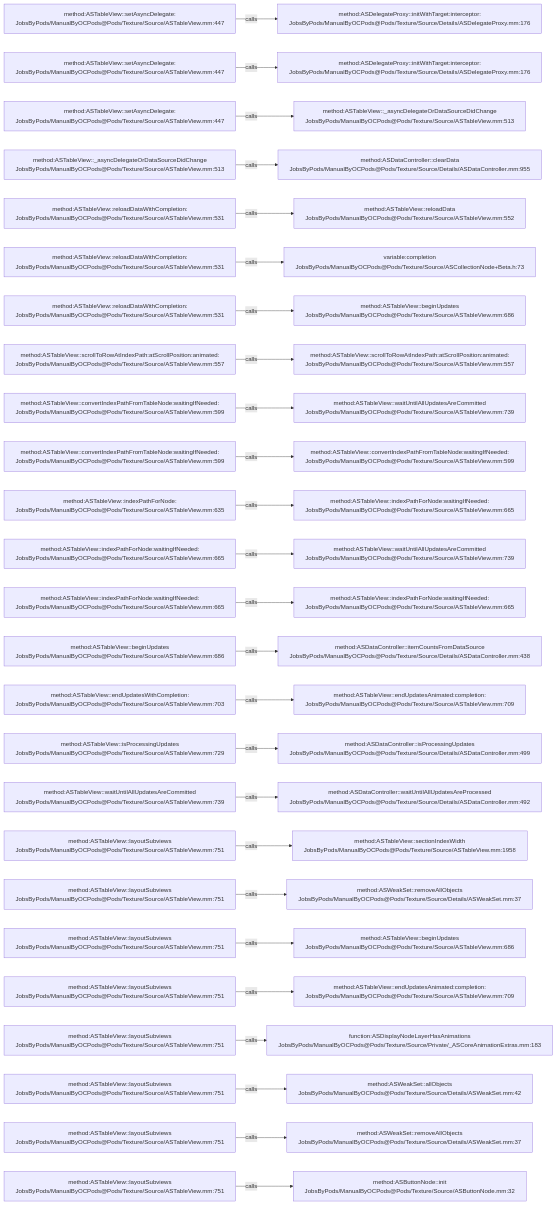
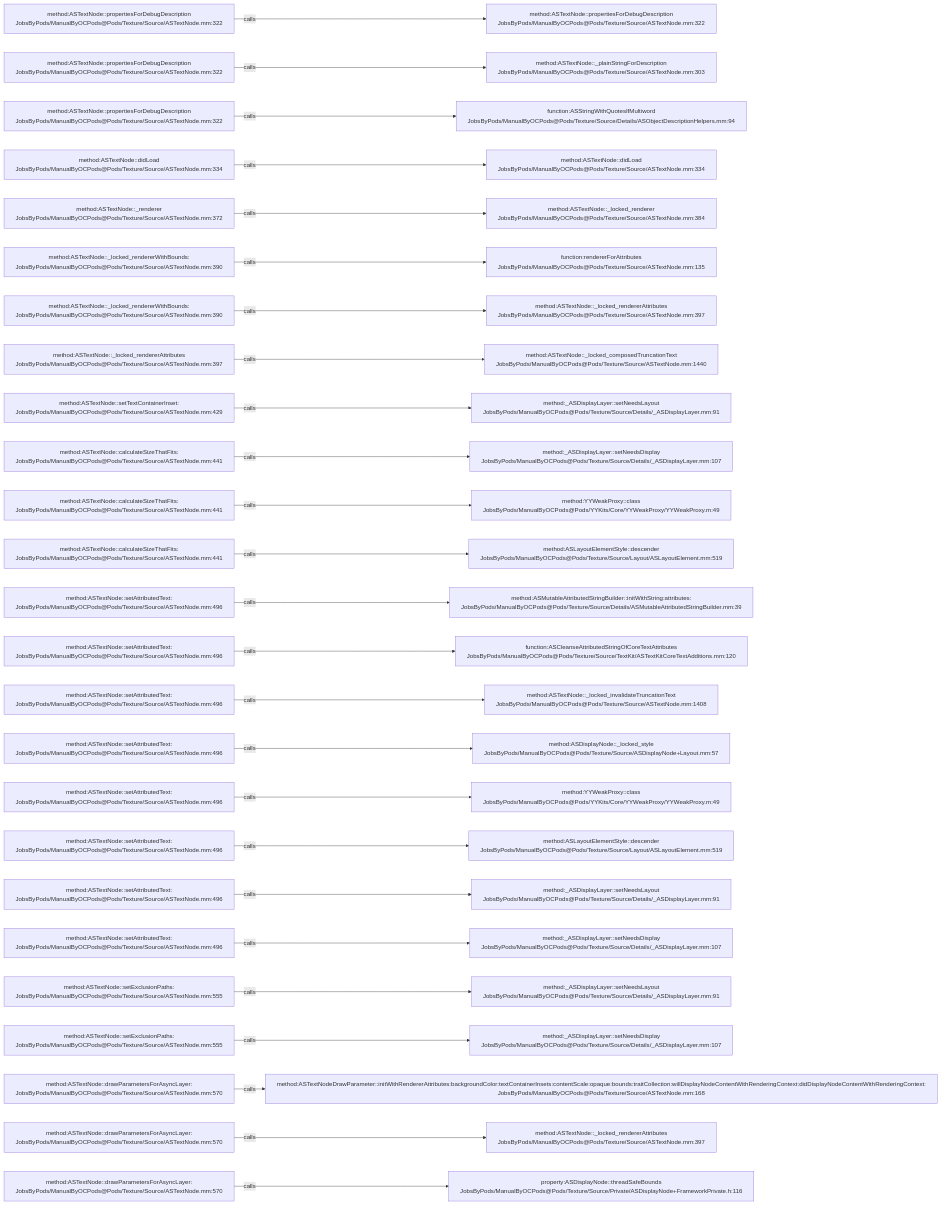
One commit to JobsKits/JobsOCBaseConfigDemo changed the diagram in .codegraph/codegraph.md/graphs/calls-119.md. Above: the diagram before and after it, drawn with Mermaid. The commit also changed 2723 other files, not shown here.

````diff
--- a/.codegraph/codegraph.md/graphs/calls-119.md
+++ b/.codegraph/codegraph.md/graphs/calls-119.md
@@ -13,78 +13,78 @@
 ```mermaid
 flowchart LR
-  S1["method:ASTableView::setAsyncDelegate:<br/>JobsByPods/ManualByOCPods@Pods/Texture/Source/ASTableView.mm:447"]
-  T1["method:ASDelegateProxy::initWithTarget:interceptor:<br/>JobsByPods/ManualByOCPods@Pods/Texture/Source/Details/ASDelegateProxy.mm:176"]
+  S1["method:ASTextNode::propertiesForDebugDescription<br/>JobsByPods/ManualByOCPods@Pods/Texture/Source/ASTextNode.mm:322"]
+  T1["method:ASTextNode::propertiesForDebugDescription<br/>JobsByPods/ManualByOCPods@Pods/Texture/Source/ASTextNode.mm:322"]
   S1 -->|calls| T1
-  S2["method:ASTableView::setAsyncDelegate:<br/>JobsByPods/ManualByOCPods@Pods/Texture/Source/ASTableView.mm:447"]
-  T2["method:ASDelegateProxy::initWithTarget:interceptor:<br/>JobsByPods/ManualByOCPods@Pods/Texture/Source/Details/ASDelegateProxy.mm:176"]
+  S2["method:ASTextNode::propertiesForDebugDescription<br/>JobsByPods/ManualByOCPods@Pods/Texture/Source/ASTextNode.mm:322"]
+  T2["method:ASTextNode::_plainStringForDescription<br/>JobsByPods/ManualByOCPods@Pods/Texture/Source/ASTextNode.mm:303"]
   S2 -->|calls| T2
-  S3["method:ASTableView::setAsyncDelegate:<br/>JobsByPods/ManualByOCPods@Pods/Texture/Source/ASTableView.mm:447"]
-  T3["method:ASTableView::_asyncDelegateOrDataSourceDidChange<br/>JobsByPods/ManualByOCPods@Pods/Texture/Source/ASTableView.mm:513"]
+  S3["method:ASTextNode::propertiesForDebugDescription<br/>JobsByPods/ManualByOCPods@Pods/Texture/Source/ASTextNode.mm:322"]
+  T3["function:ASStringWithQuotesIfMultiword<br/>JobsByPods/ManualByOCPods@Pods/Texture/Source/Details/ASObjectDescriptionHelpers.mm:94"]
   S3 -->|calls| T3
-  S4["method:ASTableView::_asyncDelegateOrDataSourceDidChange<br/>JobsByPods/ManualByOCPods@Pods/Texture/Source/ASTableView.mm:513"]
-  T4["method:ASDataController::clearData<br/>JobsByPods/ManualByOCPods@Pods/Texture/Source/Details/ASDataController.mm:955"]
+  S4["method:ASTextNode::didLoad<br/>JobsByPods/ManualByOCPods@Pods/Texture/Source/ASTextNode.mm:334"]
+  T4["method:ASTextNode::didLoad<br/>JobsByPods/ManualByOCPods@Pods/Texture/Source/ASTextNode.mm:334"]
   S4 -->|calls| T4
-  S5["method:ASTableView::reloadDataWithCompletion:<br/>JobsByPods/ManualByOCPods@Pods/Texture/Source/ASTableView.mm:531"]
-  T5["method:ASTableView::reloadData<br/>JobsByPods/ManualByOCPods@Pods/Texture/Source/ASTableView.mm:552"]
+  S5["method:ASTextNode::_renderer<br/>JobsByPods/ManualByOCPods@Pods/Texture/Source/ASTextNode.mm:372"]
+  T5["method:ASTextNode::_locked_renderer<br/>JobsByPods/ManualByOCPods@Pods/Texture/Source/ASTextNode.mm:384"]
   S5 -->|calls| T5
-  S6["method:ASTableView::reloadDataWithCompletion:<br/>JobsByPods/ManualByOCPods@Pods/Texture/Source/ASTableView.mm:531"]
-  T6["variable:completion<br/>JobsByPods/ManualByOCPods@Pods/Texture/Source/ASCollectionNode+Beta.h:73"]
+  S6["method:ASTextNode::_locked_rendererWithBounds:<br/>JobsByPods/ManualByOCPods@Pods/Texture/Source/ASTextNode.mm:390"]
+  T6["function:rendererForAttributes<br/>JobsByPods/ManualByOCPods@Pods/Texture/Source/ASTextNode.mm:135"]
   S6 -->|calls| T6
-  S7["method:ASTableView::reloadDataWithCompletion:<br/>JobsByPods/ManualByOCPods@Pods/Texture/Source/ASTableView.mm:531"]
-  T7["method:ASTableView::beginUpdates<br/>JobsByPods/ManualByOCPods@Pods/Texture/Source/ASTableView.mm:686"]
+  S7["method:ASTextNode::_locked_rendererWithBounds:<br/>JobsByPods/ManualByOCPods@Pods/Texture/Source/ASTextNode.mm:390"]
+  T7["method:ASTextNode::_locked_rendererAttributes<br/>JobsByPods/ManualByOCPods@Pods/Texture/Source/ASTextNode.mm:397"]
   S7 -->|calls| T7
-  S8["method:ASTableView::scrollToRowAtIndexPath:atScrollPosition:animated:<br/>JobsByPods/ManualByOCPods@Pods/Texture/Source/ASTableView.mm:557"]
-  T8["method:ASTableView::scrollToRowAtIndexPath:atScrollPosition:animated:<br/>JobsByPods/ManualByOCPods@Pods/Texture/Source/ASTableView.mm:557"]
+  S8["method:ASTextNode::_locked_rendererAttributes<br/>JobsByPods/ManualByOCPods@Pods/Texture/Source/ASTextNode.mm:397"]
+  T8["method:ASTextNode::_locked_composedTruncationText<br/>JobsByPods/ManualByOCPods@Pods/Texture/Source/ASTextNode.mm:1440"]
   S8 -->|calls| T8
-  S9["method:ASTableView::convertIndexPathFromTableNode:waitingIfNeeded:<br/>JobsByPods/ManualByOCPods@Pods/Texture/Source/ASTableView.mm:599"]
-  T9["method:ASTableView::waitUntilAllUpdatesAreCommitted<br/>JobsByPods/ManualByOCPods@Pods/Texture/Source/ASTableView.mm:739"]
+  S9["method:ASTextNode::setTextContainerInset:<br/>JobsByPods/ManualByOCPods@Pods/Texture/Source/ASTextNode.mm:429"]
+  T9["method:_ASDisplayLayer::setNeedsLayout<br/>JobsByPods/ManualByOCPods@Pods/Texture/Source/Details/_ASDisplayLayer.mm:91"]
   S9 -->|calls| T9
-  S10["method:ASTableView::convertIndexPathFromTableNode:waitingIfNeeded:<br/>JobsByPods/ManualByOCPods@Pods/Texture/Source/ASTableView.mm:599"]
-  T10["method:ASTableView::convertIndexPathFromTableNode:waitingIfNeeded:<br/>JobsByPods/ManualByOCPods@Pods/Texture/Source/ASTableView.mm:599"]
+  S10["method:ASTextNode::calculateSizeThatFits:<br/>JobsByPods/ManualByOCPods@Pods/Texture/Source/ASTextNode.mm:441"]
+  T10["method:_ASDisplayLayer::setNeedsDisplay<br/>JobsByPods/ManualByOCPods@Pods/Texture/Source/Details/_ASDisplayLayer.mm:107"]
   S10 -->|calls| T10
-  S11["method:ASTableView::indexPathForNode:<br/>JobsByPods/ManualByOCPods@Pods/Texture/Source/ASTableView.mm:635"]
-  T11["method:ASTableView::indexPathForNode:waitingIfNeeded:<br/>JobsByPods/ManualByOCPods@Pods/Texture/Source/ASTableView.mm:665"]
+  S11["method:ASTextNode::calculateSizeThatFits:<br/>JobsByPods/ManualByOCPods@Pods/Texture/Source/ASTextNode.mm:441"]
+  T11["method:YYWeakProxy::class<br/>JobsByPods/ManualByOCPods@Pods/YYKits/Core/YYWeakProxy/YYWeakProxy.m:49"]
   S11 -->|calls| T11
-  S12["method:ASTableView::indexPathForNode:waitingIfNeeded:<br/>JobsByPods/ManualByOCPods@Pods/Texture/Source/ASTableView.mm:665"]
-  T12["method:ASTableView::waitUntilAllUpdatesAreCommitted<br/>JobsByPods/ManualByOCPods@Pods/Texture/Source/ASTableView.mm:739"]
+  S12["method:ASTextNode::calculateSizeThatFits:<br/>JobsByPods/ManualByOCPods@Pods/Texture/Source/ASTextNode.mm:441"]
+  T12["method:ASLayoutElementStyle::descender<br/>JobsByPods/ManualByOCPods@Pods/Texture/Source/Layout/ASLayoutElement.mm:519"]
   S12 -->|calls| T12
-  S13["method:ASTableView::indexPathForNode:waitingIfNeeded:<br/>JobsByPods/ManualByOCPods@Pods/Texture/Source/ASTableView.mm:665"]
-  T13["method:ASTableView::indexPathForNode:waitingIfNeeded:<br/>JobsByPods/ManualByOCPods@Pods/Texture/Source/ASTableView.mm:665"]
+  S13["method:ASTextNode::setAttributedText:<br/>JobsByPods/ManualByOCPods@Pods/Texture/Source/ASTextNode.mm:496"]
+  T13["method:ASMutableAttributedStringBuilder::initWithString:attributes:<br/>JobsByPods/ManualByOCPods@Pods/Texture/Source/Details/ASMutableAttributedStringBuilder.mm:39"]
   S13 -->|calls| T13
-  S14["method:ASTableView::beginUpdates<br/>JobsByPods/ManualByOCPods@Pods/Texture/Source/ASTableView.mm:686"]
-  T14["method:ASDataController::itemCountsFromDataSource<br/>JobsByPods/ManualByOCPods@Pods/Texture/Source/Details/ASDataController.mm:438"]
+  S14["method:ASTextNode::setAttributedText:<br/>JobsByPods/ManualByOCPods@Pods/Texture/Source/ASTextNode.mm:496"]
+  T14["function:ASCleanseAttributedStringOfCoreTextAttributes<br/>JobsByPods/ManualByOCPods@Pods/Texture/Source/TextKit/ASTextKitCoreTextAdditions.mm:120"]
   S14 -->|calls| T14
-  S15["method:ASTableView::endUpdatesWithCompletion:<br/>JobsByPods/ManualByOCPods@Pods/Texture/Source/ASTableView.mm:703"]
-  T15["method:ASTableView::endUpdatesAnimated:completion:<br/>JobsByPods/ManualByOCPods@Pods/Texture/Source/ASTableView.mm:709"]
+  S15["method:ASTextNode::setAttributedText:<br/>JobsByPods/ManualByOCPods@Pods/Texture/Source/ASTextNode.mm:496"]
+  T15["method:ASTextNode::_locked_invalidateTruncationText<br/>JobsByPods/ManualByOCPods@Pods/Texture/Source/ASTextNode.mm:1408"]
   S15 -->|calls| T15
-  S16["method:ASTableView::isProcessingUpdates<br/>JobsByPods/ManualByOCPods@Pods/Texture/Source/ASTableView.mm:729"]
-  T16["method:ASDataController::isProcessingUpdates<br/>JobsByPods/ManualByOCPods@Pods/Texture/Source/Details/ASDataController.mm:499"]
+  S16["method:ASTextNode::setAttributedText:<br/>JobsByPods/ManualByOCPods@Pods/Texture/Source/ASTextNode.mm:496"]
+  T16["method:ASDisplayNode::_locked_style<br/>JobsByPods/ManualByOCPods@Pods/Texture/Source/ASDisplayNode+Layout.mm:57"]
   S16 -->|calls| T16
-  S17["method:ASTableView::waitUntilAllUpdatesAreCommitted<br/>JobsByPods/ManualByOCPods@Pods/Texture/Source/ASTableView.mm:739"]
-  T17["method:ASDataController::waitUntilAllUpdatesAreProcessed<br/>JobsByPods/ManualByOCPods@Pods/Texture/Source/Details/ASDataController.mm:492"]
+  S17["method:ASTextNode::setAttributedText:<br/>JobsByPods/ManualByOCPods@Pods/Texture/Source/ASTextNode.mm:496"]
+  T17["method:YYWeakProxy::class<br/>JobsByPods/ManualByOCPods@Pods/YYKits/Core/YYWeakProxy/YYWeakProxy.m:49"]
   S17 -->|calls| T17
-  S18["method:ASTableView::layoutSubviews<br/>JobsByPods/ManualByOCPods@Pods/Texture/Source/ASTableView.mm:751"]
-  T18["method:ASTableView::sectionIndexWidth<br/>JobsByPods/ManualByOCPods@Pods/Texture/Source/ASTableView.mm:1958"]
+  S18["method:ASTextNode::setAttributedText:<br/>JobsByPods/ManualByOCPods@Pods/Texture/Source/ASTextNode.mm:496"]
+  T18["method:ASLayoutElementStyle::descender<br/>JobsByPods/ManualByOCPods@Pods/Texture/Source/Layout/ASLayoutElement.mm:519"]
   S18 -->|calls| T18
-  S19["method:ASTableView::layoutSubviews<br/>JobsByPods/ManualByOCPods@Pods/Texture/Source/ASTableView.mm:751"]
-  T19["method:ASWeakSet::removeAllObjects<br/>JobsByPods/ManualByOCPods@Pods/Texture/Source/Details/ASWeakSet.mm:37"]
+  S19["method:ASTextNode::setAttributedText:<br/>JobsByPods/ManualByOCPods@Pods/Texture/Source/ASTextNode.mm:496"]
+  T19["method:_ASDisplayLayer::setNeedsLayout<br/>JobsByPods/ManualByOCPods@Pods/Texture/Source/Details/_ASDisplayLayer.mm:91"]
   S19 -->|calls| T19
-  S20["method:ASTableView::layoutSubviews<br/>JobsByPods/ManualByOCPods@Pods/Texture/Source/ASTableView.mm:751"]
-  T20["method:ASTableView::beginUpdates<br/>JobsByPods/ManualByOCPods@Pods/Texture/Source/ASTableView.mm:686"]
+  S20["method:ASTextNode::setAttributedText:<br/>JobsByPods/ManualByOCPods@Pods/Texture/Source/ASTextNode.mm:496"]
+  T20["method:_ASDisplayLayer::setNeedsDisplay<br/>JobsByPods/ManualByOCPods@Pods/Texture/Source/Details/_ASDisplayLayer.mm:107"]
   S20 -->|calls| T20
-  S21["method:ASTableView::layoutSubviews<br/>JobsByPods/ManualByOCPods@Pods/Texture/Source/ASTableView.mm:751"]
-  T21["method:ASTableView::endUpdatesAnimated:completion:<br/>JobsByPods/ManualByOCPods@Pods/Texture/Source/ASTableView.mm:709"]
+  S21["method:ASTextNode::setExclusionPaths:<br/>JobsByPods/ManualByOCPods@Pods/Texture/Source/ASTextNode.mm:555"]
+  T21["method:_ASDisplayLayer::setNeedsLayout<br/>JobsByPods/ManualByOCPods@Pods/Texture/Source/Details/_ASDisplayLayer.mm:91"]
   S21 -->|calls| T21
-  S22["method:ASTableView::layoutSubviews<br/>JobsByPods/ManualByOCPods@Pods/Texture/Source/ASTableView.mm:751"]
-  T22["function:ASDisplayNodeLayerHasAnimations<br/>JobsByPods/ManualByOCPods@Pods/Texture/Source/Private/_ASCoreAnimationExtras.mm:183"]
+  S22["method:ASTextNode::setExclusionPaths:<br/>JobsByPods/ManualByOCPods@Pods/Texture/Source/ASTextNode.mm:555"]
+  T22["method:_ASDisplayLayer::setNeedsDisplay<br/>JobsByPods/ManualByOCPods@Pods/Texture/Source/Details/_ASDisplayLayer.mm:107"]
   S22 -->|calls| T22
-  S23["method:ASTableView::layoutSubviews<br/>JobsByPods/ManualByOCPods@Pods/Texture/Source/ASTableView.mm:751"]
-  T23["method:ASWeakSet::allObjects<br/>JobsByPods/ManualByOCPods@Pods/Texture/Source/Details/ASWeakSet.mm:42"]
+  S23["method:ASTextNode::drawParametersForAsyncLayer:<br/>JobsByPods/ManualByOCPods@Pods/Texture/Source/ASTextNode.mm:570"]
+  T23["method:ASTextNodeDrawParameter::initWithRendererAttributes:backgroundColor:textContainerInsets:contentScale:opaque:bounds:traitCollection:willDisplayNodeContentWithRenderingContext:didDisplayNodeContentWithRenderingContext:<br/>JobsByPods/ManualByOCPods@Pods/Texture/Source/ASTextNode.mm:168"]
   S23 -->|calls| T23
-  S24["method:ASTableView::layoutSubviews<br/>JobsByPods/ManualByOCPods@Pods/Texture/Source/ASTableView.mm:751"]
-  T24["method:ASWeakSet::removeAllObjects<br/>JobsByPods/ManualByOCPods@Pods/Texture/Source/Details/ASWeakSet.mm:37"]
+  S24["method:ASTextNode::drawParametersForAsyncLayer:<br/>JobsByPods/ManualByOCPods@Pods/Texture/Source/ASTextNode.mm:570"]
+  T24["method:ASTextNode::_locked_rendererAttributes<br/>JobsByPods/ManualByOCPods@Pods/Texture/Source/ASTextNode.mm:397"]
   S24 -->|calls| T24
-  S25["method:ASTableView::layoutSubviews<br/>JobsByPods/ManualByOCPods@Pods/Texture/Source/ASTableView.mm:751"]
-  T25["method:ASButtonNode::init<br/>JobsByPods/ManualByOCPods@Pods/Texture/Source/ASButtonNode.mm:32"]
+  S25["method:ASTextNode::drawParametersForAsyncLayer:<br/>JobsByPods/ManualByOCPods@Pods/Texture/Source/ASTextNode.mm:570"]
+  T25["property:ASDisplayNode::threadSafeBounds<br/>JobsByPods/ManualByOCPods@Pods/Texture/Source/Private/ASDisplayNode+FrameworkPrivate.h:116"]
   S25 -->|calls| T25
 ```
````
